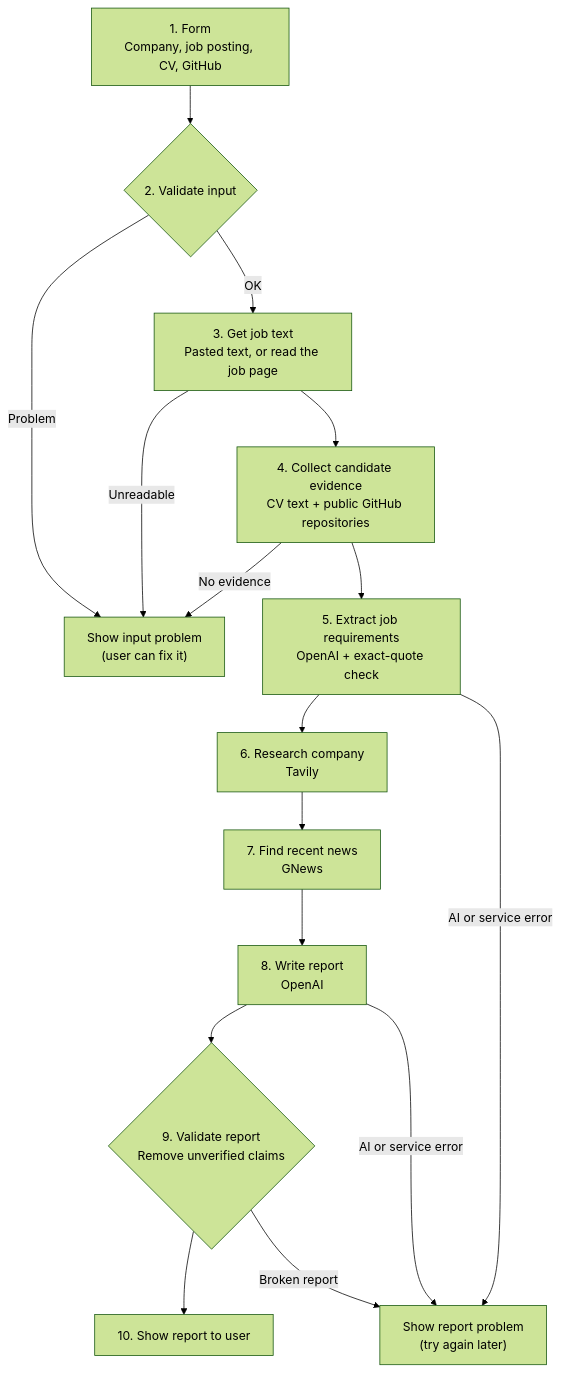
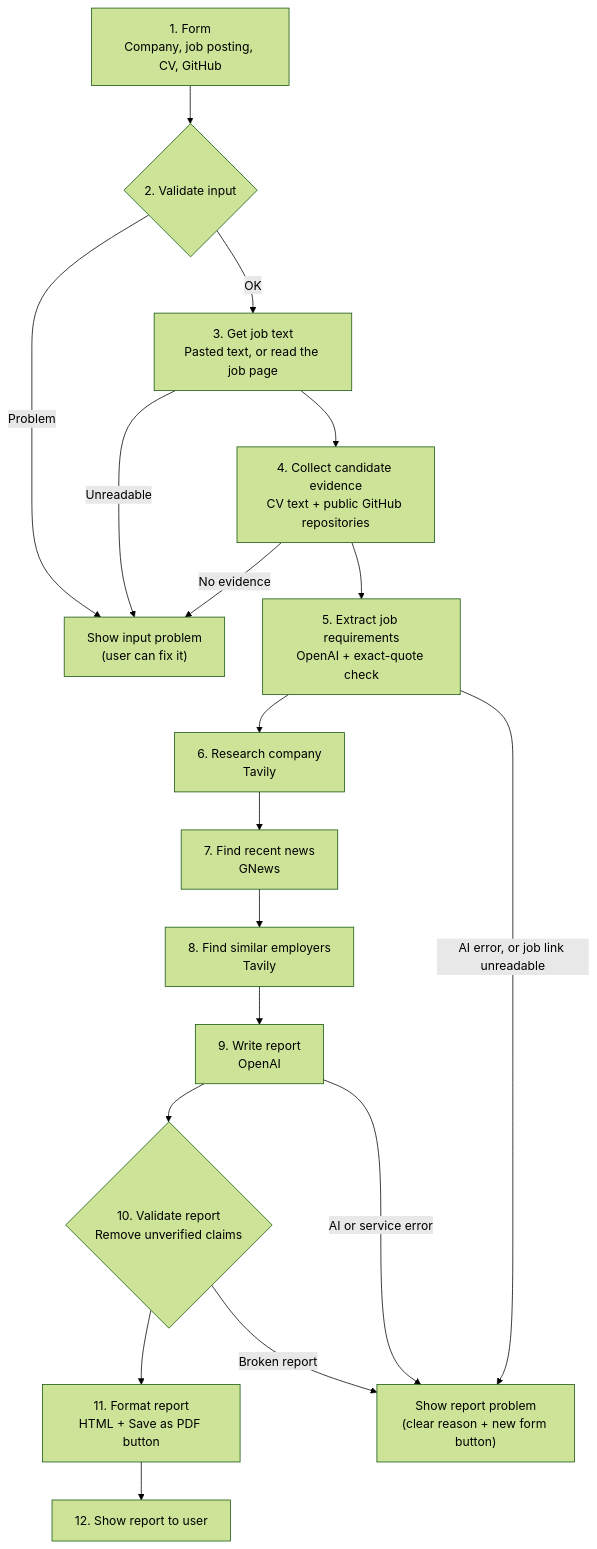
One commit to Roodabeh2018/interview-prep-report-agent changed the diagram in README.md. Above: the diagram before and after it, drawn with Mermaid (forest theme). The commit also changed other lines of this file and 18 other files, not shown here.

````diff
--- a/README.md
+++ b/README.md
@@ -52,18 +70,20 @@
 ```mermaid
 flowchart TD
     A["1. Form<br/>Company, job posting, CV, GitHub"] --> B{"2. Validate input"}
     B -- Problem --> X["Show input problem<br/>(user can fix it)"]
     B -- OK --> C["3. Get job text<br/>Pasted text, or read the job page"]
     C -- Unreadable --> X
     C --> D["4. Collect candidate evidence<br/>CV text + public GitHub repositories"]
     D -- No evidence --> X
     D --> E["5. Extract job requirements<br/>OpenAI + exact-quote check"]
     E --> F["6. Research company<br/>Tavily"]
     F --> G["7. Find recent news<br/>GNews"]
-    G --> H["8. Write report<br/>OpenAI"]
-    H --> I{"9. Validate report<br/>Remove unverified claims"}
-    I --> J["10. Show report to user"]
-    E -- AI or service error --> Y["Show report problem<br/>(try again later)"]
+    G --> S["8. Find similar employers<br/>Tavily"]
+    S --> H["9. Write report<br/>OpenAI"]
+    H --> I{"10. Validate report<br/>Remove unverified claims"}
+    I --> K["11. Format report<br/>HTML + Save as PDF button"]
+    K --> J["12. Show report to user"]
+    E -- "AI error, or job link unreadable" --> Y["Show report problem<br/>(clear reason + new form button)"]
     H -- AI or service error --> Y
     I -- Broken report --> Y
 ```
````
